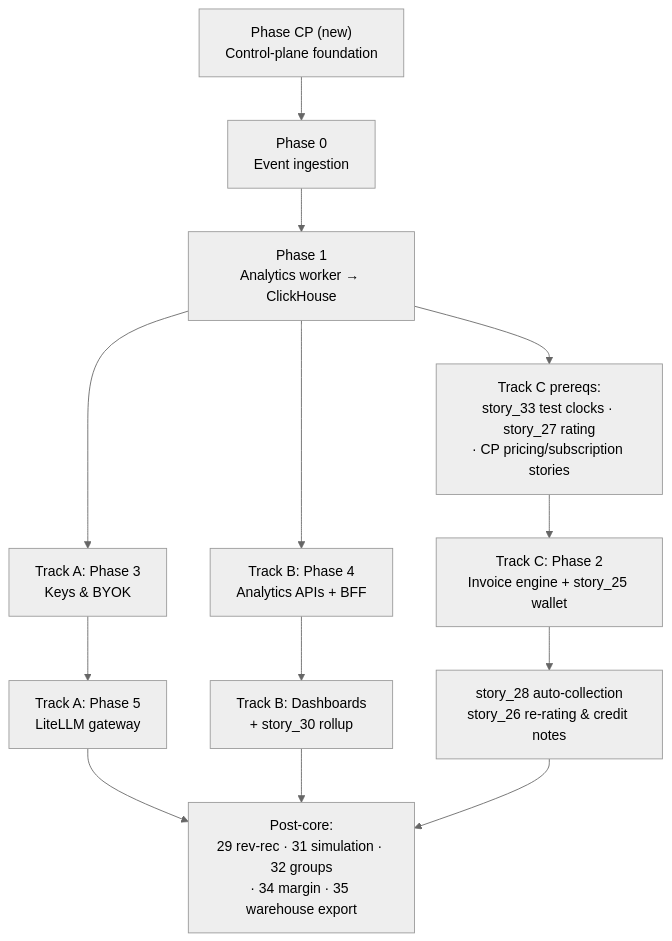
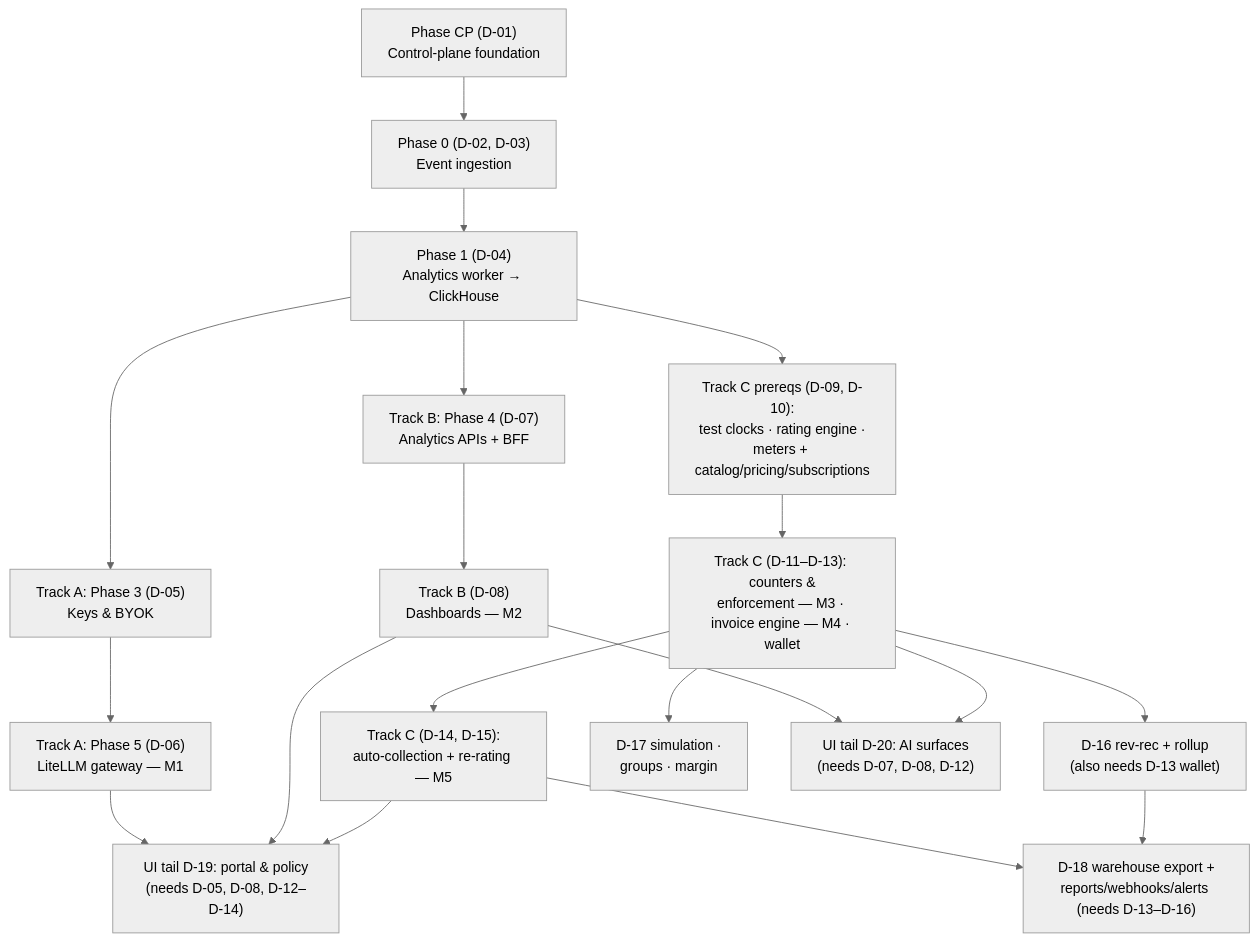
Before and after one commit to Bharathi-pente/pente-quantum-userstory: the diagram in BUILD_PLAN.md, drawn with Mermaid (neutral theme). The commit also changed other lines of this file and 1 other file, not shown here.

Commit message:
Freeze cleanup per fourth audit: BUILD_PLAN v1.2 stamp, story_6 split/supersession clarified, phase graph refreshed
story_6 handled both ways per the reviewer's nuance: BUILD_PLAN §6 marks
it split-not-read-verbatim, and D-02 gains a scoped READ (health/ready/
observability sections only) with an explicit DO-NOT warning against
recreating its superseded Postgres DDL. Phase graph now shows D-unit
labels, milestones, meters in Track C prereqs, the D-16/17/18 post-core
split, and the D-19/D-20 UI tail with their edges.

````diff
--- a/BUILD_PLAN.md
+++ b/BUILD_PLAN.md
@@ -17,15 +17,21 @@
 ```mermaid
 flowchart TB
-    CP["Phase CP (new)<br/>Control-plane foundation"] --> P0["Phase 0<br/>Event ingestion"]
-    P0 --> P1["Phase 1<br/>Analytics worker → ClickHouse"]
-    P1 --> A1["Track A: Phase 3<br/>Keys & BYOK"]
-    A1 --> A2["Track A: Phase 5<br/>LiteLLM gateway"]
-    P1 --> B1["Track B: Phase 4<br/>Analytics APIs + BFF"]
-    B1 --> B2["Track B: Dashboards<br/>+ story_30 rollup"]
-    P1 --> C1["Track C prereqs:<br/>story_33 test clocks · story_27 rating<br/>· CP pricing/subscription stories"]
-    C1 --> C2["Track C: Phase 2<br/>Invoice engine + story_25 wallet"]
-    C2 --> C3["story_28 auto-collection<br/>story_26 re-rating & credit notes"]
-    A2 --> POST["Post-core:<br/>29 rev-rec · 31 simulation · 32 groups<br/>· 34 margin · 35 warehouse export"]
-    B2 --> POST
-    C3 --> POST
+    CP["Phase CP (D-01)<br/>Control-plane foundation"] --> P0["Phase 0 (D-02, D-03)<br/>Event ingestion"]
+    P0 --> P1["Phase 1 (D-04)<br/>Analytics worker → ClickHouse"]
+    P1 --> A1["Track A: Phase 3 (D-05)<br/>Keys & BYOK"]
+    A1 --> A2["Track A: Phase 5 (D-06)<br/>LiteLLM gateway — M1"]
+    P1 --> B1["Track B: Phase 4 (D-07)<br/>Analytics APIs + BFF"]
+    B1 --> B2["Track B (D-08)<br/>Dashboards — M2"]
+    P1 --> C1["Track C prereqs (D-09, D-10):<br/>test clocks · rating engine ·<br/>meters + catalog/pricing/subscriptions"]
+    C1 --> C2["Track C (D-11–D-13): counters &<br/>enforcement — M3 · invoice engine — M4 · wallet"]
+    C2 --> C3["Track C (D-14, D-15):<br/>auto-collection + re-rating — M5"]
+    C2 --> P16["D-16 rev-rec + rollup<br/>(also needs D-13 wallet)"]
+    C2 --> P17["D-17 simulation ·<br/>groups · margin"]
+    C3 --> P18["D-18 warehouse export +<br/>reports/webhooks/alerts (needs D-13–D-16)"]
+    P16 --> P18
+    A2 --> T19["UI tail D-19: portal & policy<br/>(needs D-05, D-08, D-12–D-14)"]
+    B2 --> T19
+    C3 --> T19
+    B2 --> T20["UI tail D-20: AI surfaces<br/>(needs D-07, D-08, D-12)"]
+    C2 --> T20
 ```
````
